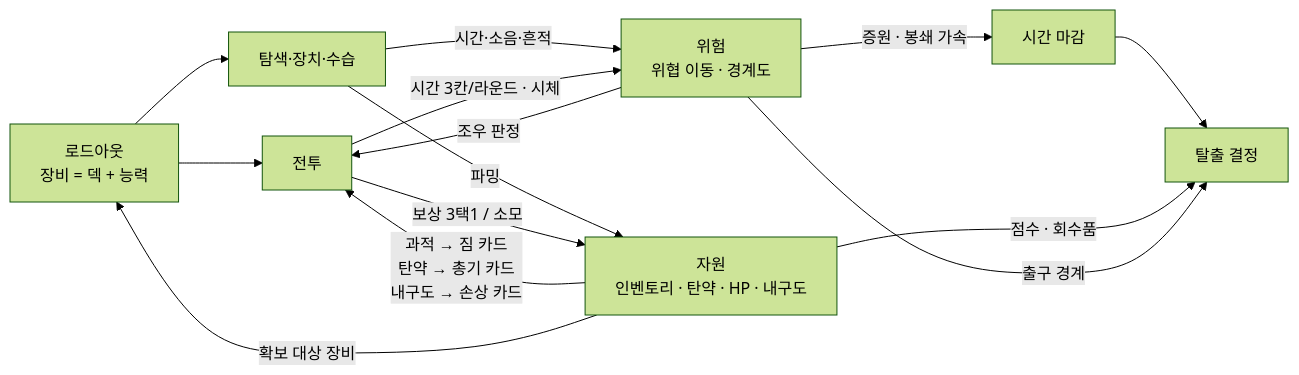
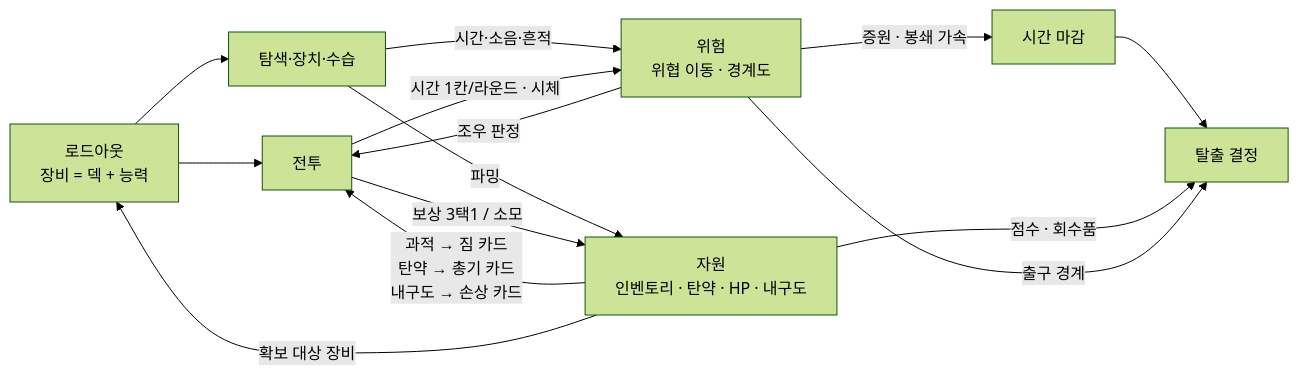
The diagram in docs/for-human2/05-system-connections.md (an004005/proto-card-ext), drawn with Mermaid (forest theme) before and after one commit. The commit also changed other lines of this file and 27 other files, not shown here.

````diff
--- a/docs/for-human2/05-system-connections.md
+++ b/docs/for-human2/05-system-connections.md
@@ -7,16 +7,16 @@
 ```mermaid
 flowchart LR
   L[로드아웃<br/>장비 = 덱 + 능력] --> C[전투]
   L --> E[탐색·장치·수습]
   E -->|시간·소음·흔적| R[위험<br/>위협 이동 · 경계도]
-  C -->|시간 3칸/라운드 · 시체| R
+  C -->|시간 1칸/라운드 · 시체| R
   R -->|조우 판정| C
   R -->|증원 · 봉쇄 가속| T[시간 마감]
   E -->|파밍| I[자원<br/>인벤토리 · 탄약 · HP · 내구도]
   C -->|보상 3택1 / 소모| I
   I -->|과적 → 짐 카드<br/>탄약 → 총기 카드<br/>내구도 → 손상 카드| C
   I -->|확보 대상 장비| L
   T --> X[탈출 결정]
   I -->|점수 · 회수품| X
   R -->|출구 경계| X
 ```
````
